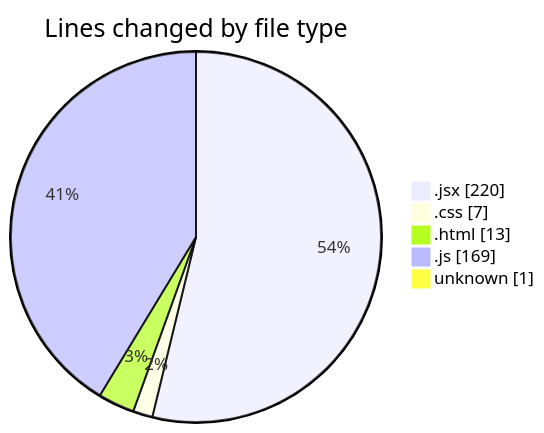
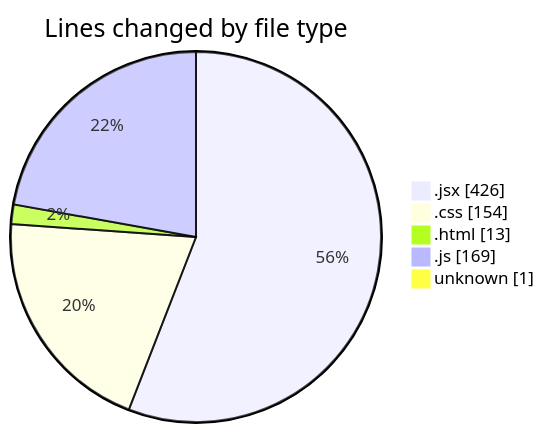
The first of 2 diagrams in 2025-05-29/projects/README.md (Ritupan-Deka/code-tracking), drawn with Mermaid before and after one commit. The commit also changed other lines of this file and 1 other file, not shown here.

````diff
--- a/2025-05-29/projects/README.md
+++ b/2025-05-29/projects/README.md
@@ -30,9 +31,9 @@
 ```mermaid
 pie showData
 title Lines changed by file type
-".jsx" : 220
-".css" : 7
+".jsx" : 426
+".css" : 154
 ".html" : 13
 ".js" : 169
 "unknown" : 1
 ```
````
